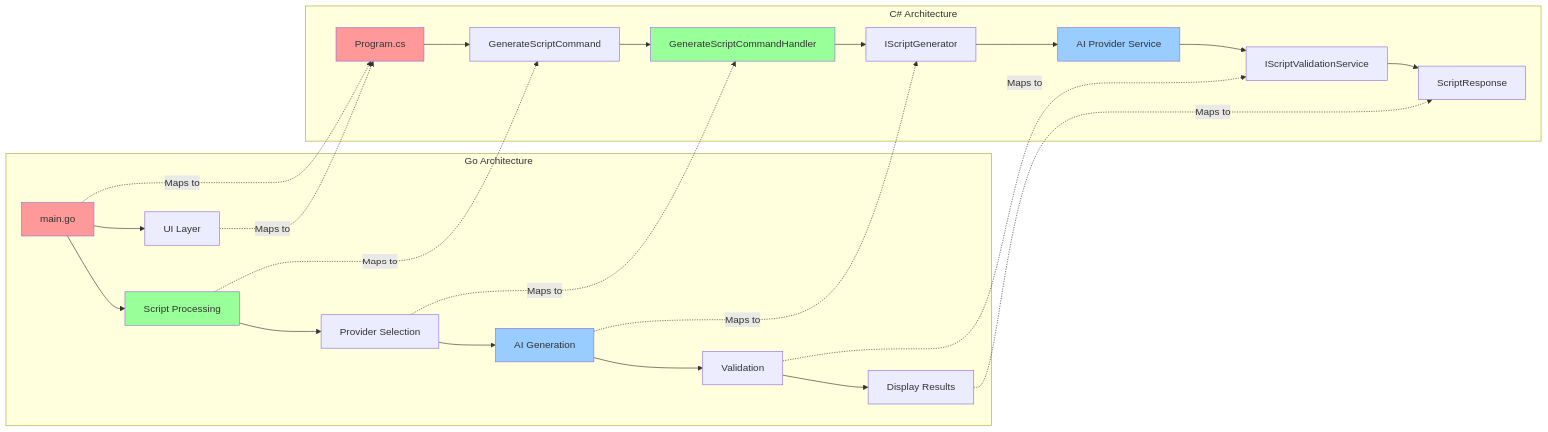
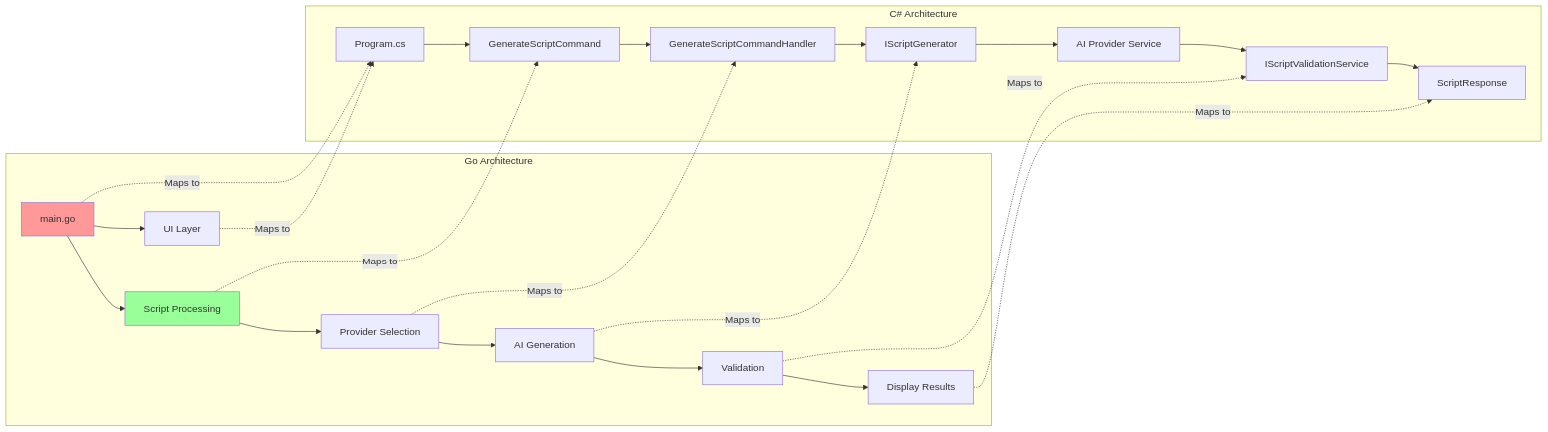
The fifth of 5 diagrams in memory-bank/architecture-comparison-diagrams.md (DanMarshall909/please), drawn with Mermaid before and after one commit. The commit also changed other lines of this file and 121 other files, not shown here.

````diff
--- a/memory-bank/architecture-comparison-diagrams.md
+++ b/memory-bank/architecture-comparison-diagrams.md
@@ -163,35 +163,35 @@
 ```mermaid
 graph LR
     subgraph "Go Architecture"
         G1[main.go] --> G2[UI Layer]
         G1 --> G3[Script Processing]
         G3 --> G4[Provider Selection]
         G4 --> G5[AI Generation]
         G5 --> G6[Validation]
         G6 --> G7[Display Results]
     end
     
     subgraph "C# Architecture"
         C1[Program.cs] --> C2[GenerateScriptCommand]
         C2 --> C3[GenerateScriptCommandHandler]
         C3 --> C4[IScriptGenerator]
         C4 --> C5[AI Provider Service]
         C5 --> C6[IScriptValidationService]
         C6 --> C7[ScriptResponse]
     end
     
     G1 -.->|Maps to| C1
     G2 -.->|Maps to| C1
     G3 -.->|Maps to| C2
     G4 -.->|Maps to| C3
     G5 -.->|Maps to| C4
     G6 -.->|Maps to| C6
     G7 -.->|Maps to| C7
     
     style G1 fill:#ff9999
     style G3 fill:#99ff99
-    style G5 fill:#99ccff
-    style C1 fill:#ff9999
-    style C3 fill:#99ff99
-    style C5 fill:#99ccff
+    style G5 fill:#99ccff;color:black
+    style C1 fill:#ff9999;color:black
+    style C3 fill:#99ff99;color:black
+    style C5 fill:#99ccff;color:black
 ```
````
